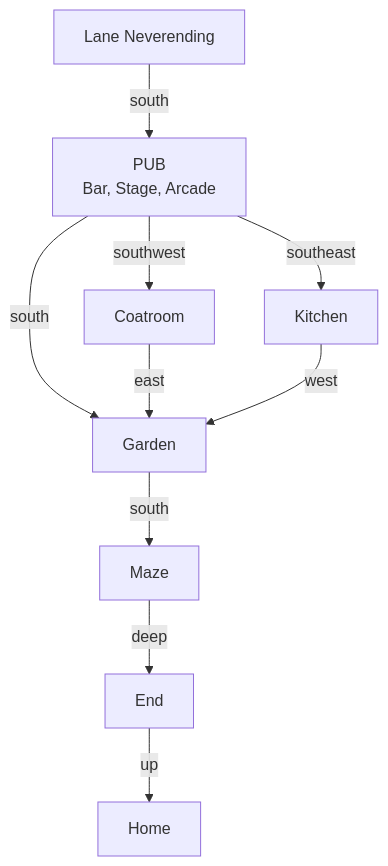
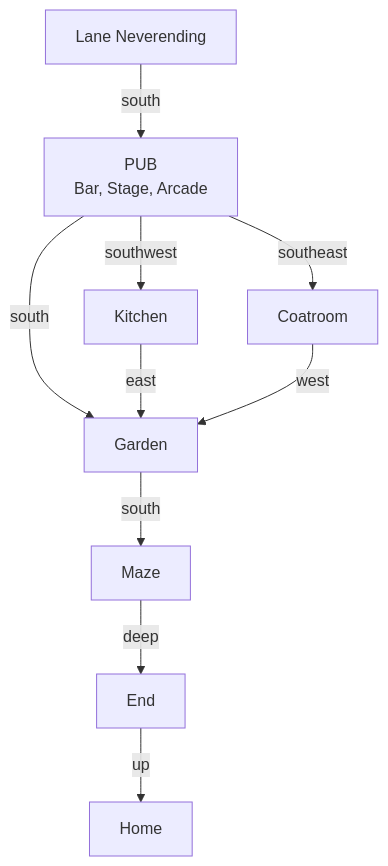
Before and after one commit to SimHacker/moollm: the third of 16 diagrams in examples/adventure-4/characters/real-people/don-hopkins/sessions/world-tour-leela.md, drawn with Mermaid. The commit also changed other lines of this file and 4 other files, not shown here.

First line of the commit message:
Fix Kitchen/Coatroom directions: Kitchen WEST, Coatroom EAST

````diff
--- a/examples/adventure-4/characters/real-people/don-hopkins/sessions/world-tour-leela.md
+++ b/examples/adventure-4/characters/real-people/don-hopkins/sessions/world-tour-leela.md
@@ -285,21 +285,21 @@
 ```mermaid
 flowchart TB
     LANE[Lane Neverending]
     PUB[PUB<br/>Bar, Stage, Arcade]
-    COAT[Coatroom]
     KITCHEN[Kitchen]
+    COATROOM[Coatroom]
     GARDEN[Garden]
     MAZE[Maze]
     ENDROOM[End]
     HOME[Home]
-    
+
     LANE -->|south| PUB
     PUB -->|south| GARDEN
-    PUB -->|southwest| COAT
-    PUB -->|southeast| KITCHEN
-    COAT -->|east| GARDEN
-    KITCHEN -->|west| GARDEN
+    PUB -->|southwest| KITCHEN
+    PUB -->|southeast| COATROOM
+    KITCHEN -->|east| GARDEN
+    COATROOM -->|west| GARDEN
     GARDEN -->|south| MAZE
     MAZE -->|deep| ENDROOM
     ENDROOM -->|up| HOME
 ```
````
